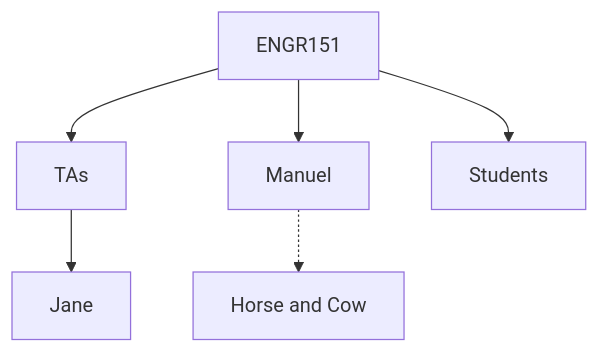
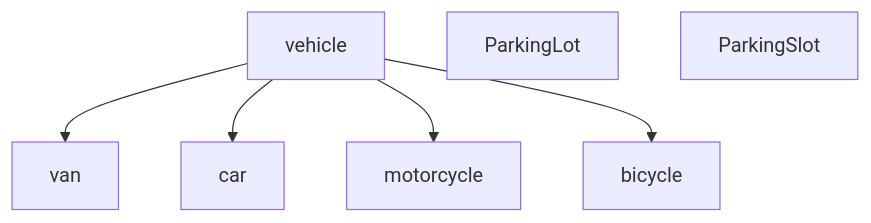
The diagram in README.md (myloveFuFu/P3-Automatic-Parking-Lot), drawn with Mermaid before and after one commit.

Commit message:
m1 update

````diff
--- a/README.md
+++ b/README.md
@@ -3,11 +3,13 @@
 ```mermaid
 graph TB
 
-ENGR151-->TAs
-ENGR151-->Manuel
-ENGR151-->Students
-TAs-->Jane
+vehicle --> van
+vehicle --> car
+vehicle --> motorcycle
+vehicle --> bicycle
 
-A[Horse and Cow]
-Manuel-.->A
+ParkingLot 
+
+ParkingSlot
+
 ```
````
